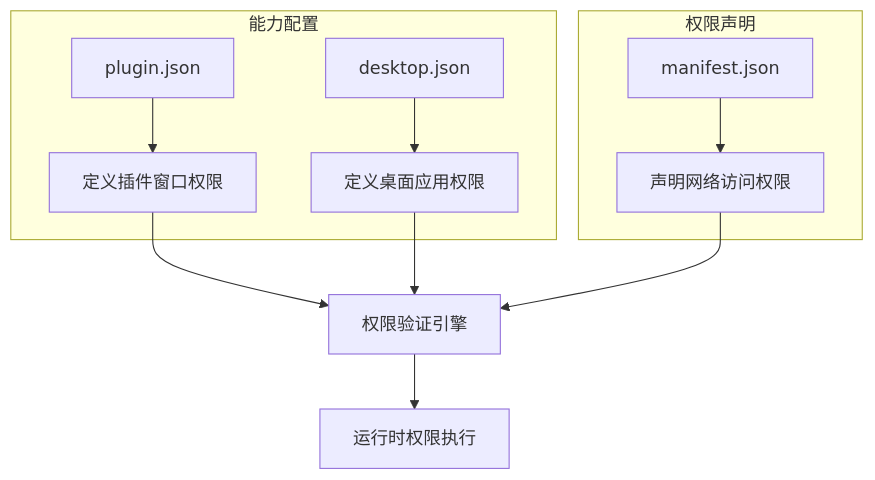
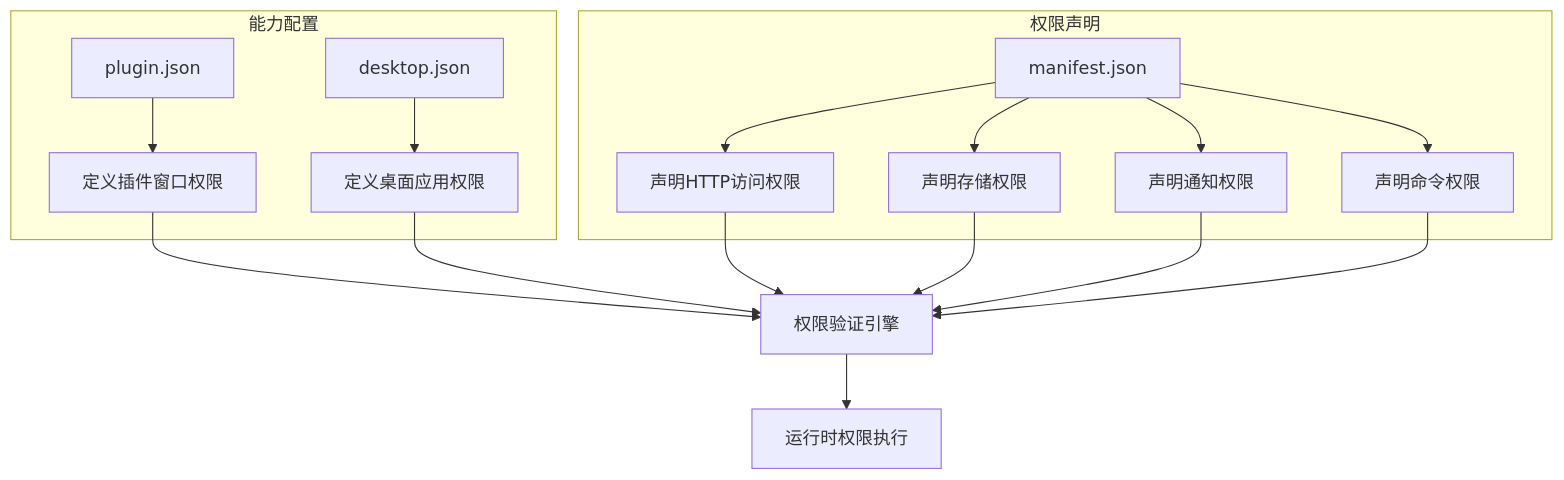
Before and after one commit to Onin-app/Onin: the first of 4 diagrams in .qoder/repowiki/zh/content/核心功能详解/插件系统架构/插件权限控制.md, drawn with Mermaid. The commit also changed other lines of this file and 14 other files, not shown here.

````diff
--- a/.qoder/repowiki/zh/content/核心功能详解/插件系统架构/插件权限控制.md
+++ b/.qoder/repowiki/zh/content/核心功能详解/插件系统架构/插件权限控制.md
@@ -80,14 +110,20 @@
 ```mermaid
 graph TB
 subgraph "能力配置"
 A[plugin.json] --> B[定义插件窗口权限]
 C[desktop.json] --> D[定义桌面应用权限]
 end
 subgraph "权限声明"
-E[manifest.json] --> F[声明网络访问权限]
+E[manifest.json] --> F[声明HTTP访问权限]
+E --> G[声明存储权限]
+E --> H[声明通知权限]
+E --> I[声明命令权限]
 end
-B --> G[权限验证引擎]
-D --> G
-F --> G
-G --> H[运行时权限执行]
+B --> J[权限验证引擎]
+D --> J
+F --> J
+G --> J
+H --> J
+I --> J
+J --> K[运行时权限执行]
 ```
````
